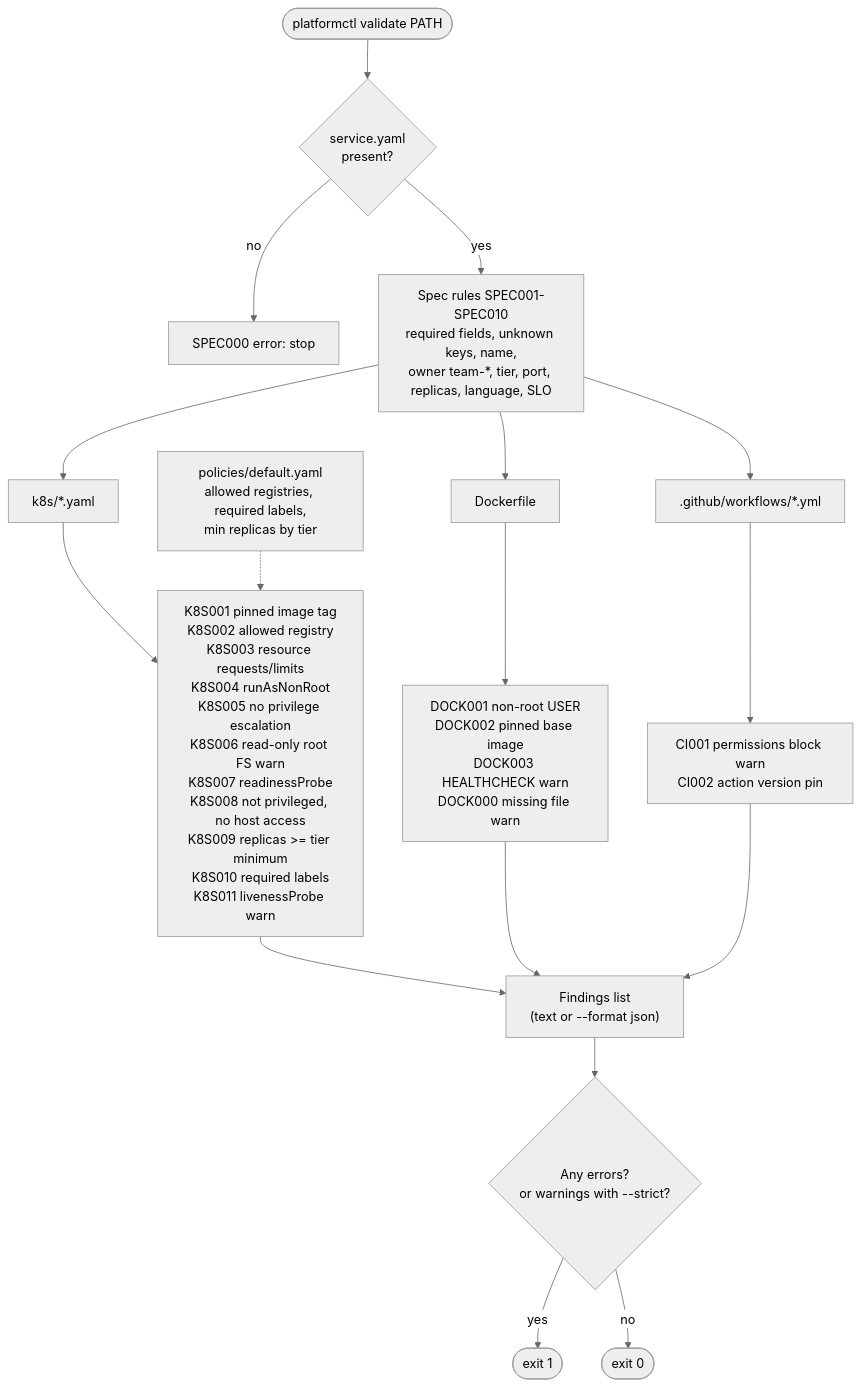
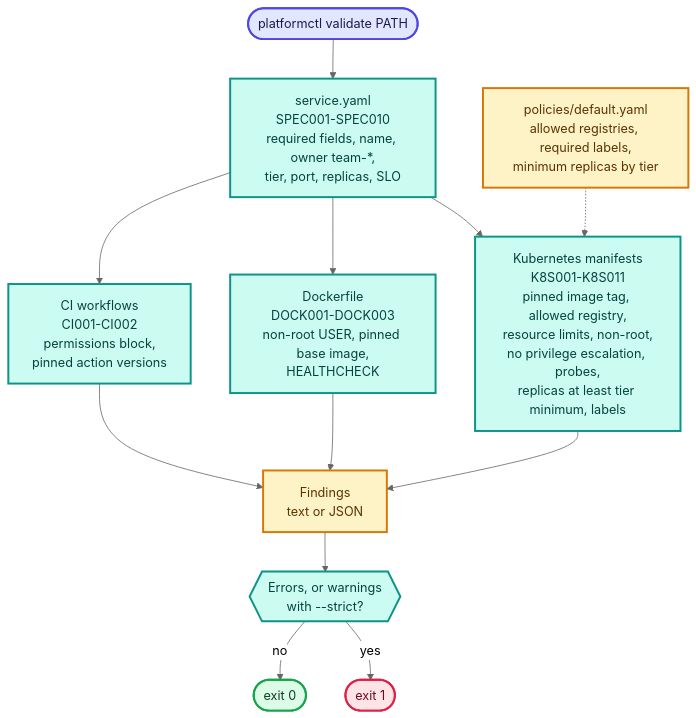
Before and after one commit to Joxejaime/Projects-2026: the second of 5 diagrams in projects/self-service-platform/docs/schematics/README.md, drawn with Mermaid (neutral theme). The commit also changed other lines of this file and 62 other files, not shown here.

First line of the commit message:
Colour the schematics and add LinkedIn cards and carousels

````diff
--- a/projects/self-service-platform/docs/schematics/README.md
+++ b/projects/self-service-platform/docs/schematics/README.md
@@ -30,25 +52,30 @@
 ```mermaid
 %% title: Policy-as-code validation
+%% headline: Guardrails as code, each rule with a stable ID
+%% takeaway: Spec, Kubernetes, Dockerfile and CI rules run on any repo. Errors fail the build.
+%% legend: entry=Command,guard=Rules,data=Policy config and findings,alert=Fails,ok=Passes
 %% caption: platformctl/policy.py. validate_repo reads service.yaml first (its tier sets the expectations), then checks each file type. Every finding has a stable ID. Errors fail the command (exit 1); warnings fail only with --strict. Policy values default to built-ins and can be overridden with --policy policies/default.yaml; unknown keys are rejected.
-flowchart TD
-    repo(["platformctl validate PATH"]) --> spec{"service.yaml<br/>present?"}
-    spec -- no --> s0["SPEC000 error: stop"]
-    spec -- yes --> specrules["Spec rules SPEC001-SPEC010<br/>required fields, unknown keys, name,<br/>owner team-*, tier, port, replicas, language, SLO"]
-
-    specrules --> k["k8s/*.yaml"]
-    specrules --> d["Dockerfile"]
-    specrules --> w[".github/workflows/*.yml"]
-
-    k --> krules["K8S001 pinned image tag<br/>K8S002 allowed registry<br/>K8S003 resource requests/limits<br/>K8S004 runAsNonRoot<br/>K8S005 no privilege escalation<br/>K8S006 read-only root FS warn<br/>K8S007 readinessProbe<br/>K8S008 not privileged, no host access<br/>K8S009 replicas >= tier minimum<br/>K8S010 required labels<br/>K8S011 livenessProbe warn"]
-    d --> drules["DOCK001 non-root USER<br/>DOCK002 pinned base image<br/>DOCK003 HEALTHCHECK warn<br/>DOCK000 missing file warn"]
-    w --> wrules["CI001 permissions block warn<br/>CI002 action version pin"]
-
-    krules --> out
+flowchart TB
+    repo(["platformctl validate PATH"]) --> specrules["service.yaml<br/>SPEC001-SPEC010<br/>required fields, name, owner team-*,<br/>tier, port, replicas, SLO"]
+    specrules --> krules["Kubernetes manifests<br/>K8S001-K8S011<br/>pinned image tag, allowed registry,<br/>resource limits, non-root,<br/>no privilege escalation, probes,<br/>replicas at least tier minimum, labels"]
+    specrules --> drules["Dockerfile<br/>DOCK001-DOCK003<br/>non-root USER, pinned base image,<br/>HEALTHCHECK"]
+    specrules --> wrules["CI workflows<br/>CI001-CI002<br/>permissions block,<br/>pinned action versions"]
+    pol["policies/default.yaml<br/>allowed registries, required labels,<br/>minimum replicas by tier"] -.-> krules
+    krules --> out["Findings<br/>text or JSON"]
     drules --> out
     wrules --> out
-    out["Findings list<br/>(text or --format json)"] --> exit{"Any errors?<br/>or warnings with --strict?"}
+    out --> exit{{"Errors, or warnings<br/>with --strict?"}}
     exit -- yes --> bad(["exit 1"])
     exit -- no --> good(["exit 0"])
 
-    pol["policies/default.yaml<br/>allowed registries, required labels,<br/>min replicas by tier"] -.-> krules
+    classDef entry fill:#E0E7FF,stroke:#4F46E5,stroke-width:2.5px,color:#1E1B4B
+    classDef guard fill:#CCFBF1,stroke:#0D9488,stroke-width:2.5px,color:#04443F
+    classDef data fill:#FEF3C7,stroke:#D97706,stroke-width:2.5px,color:#5B3300
+    classDef alert fill:#FFE4E6,stroke:#E11D48,stroke-width:2.5px,color:#6B0A20
+    classDef ok fill:#DCFCE7,stroke:#16A34A,stroke-width:2.5px,color:#0B3D1E
+    class repo entry
+    class specrules,krules,drules,wrules,exit guard
+    class pol,out data
+    class bad alert
+    class good ok
 ```
````
